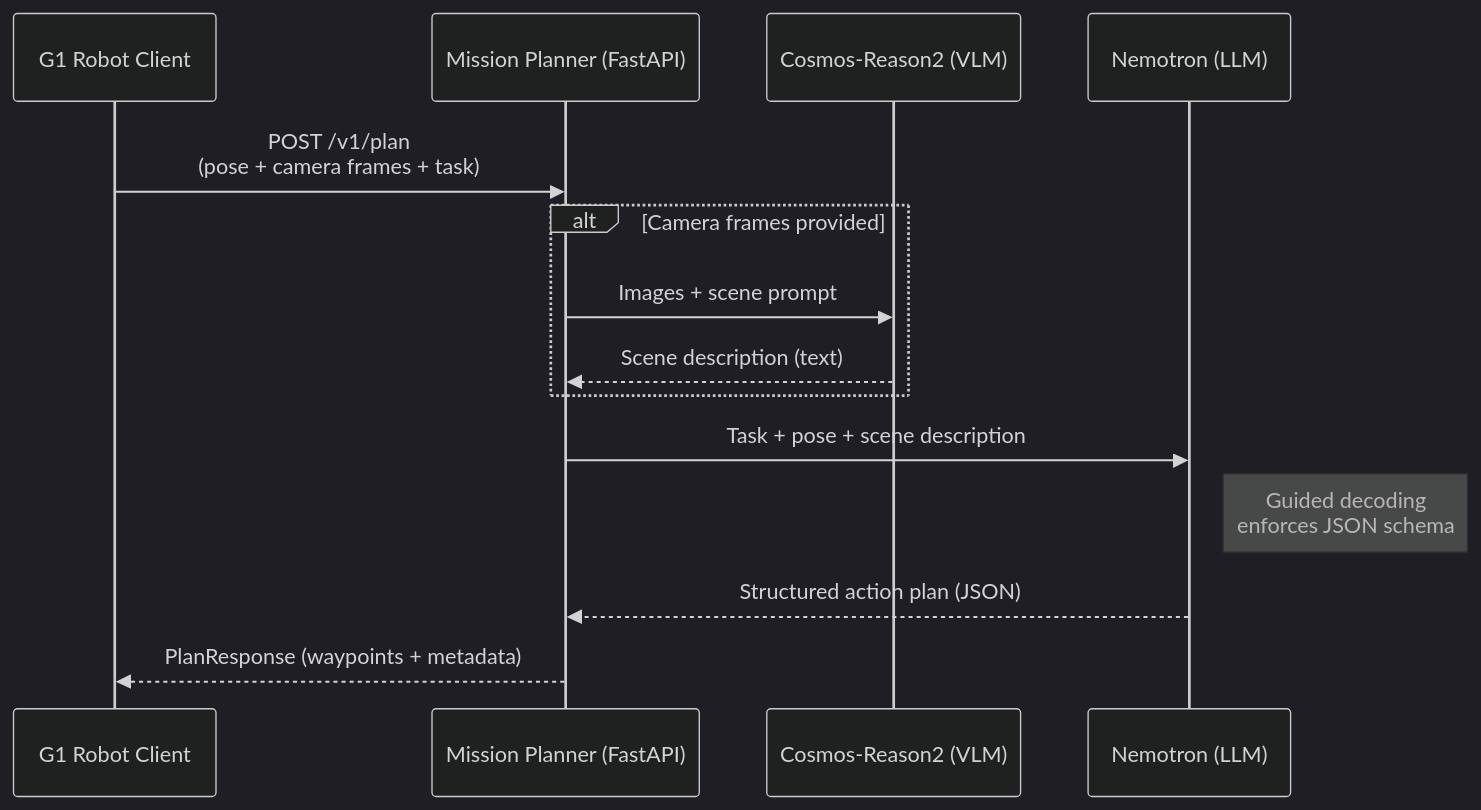
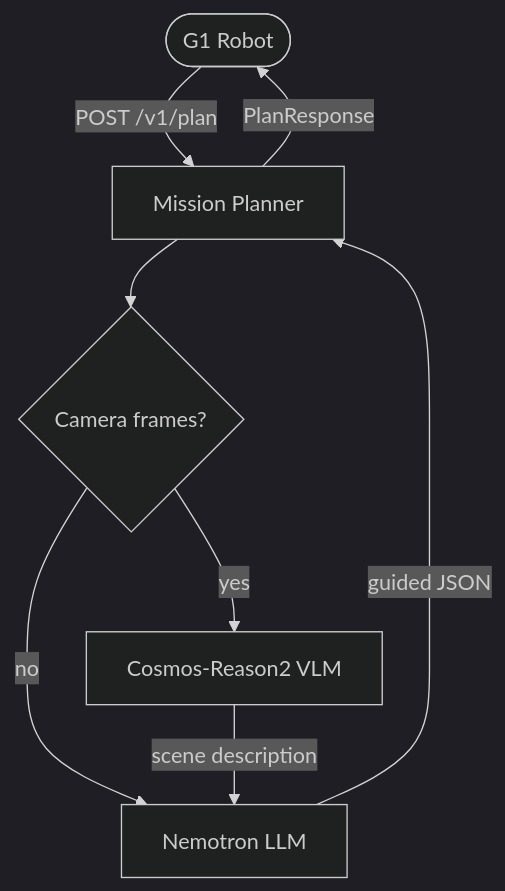
The diagram in README.md (jeremyary/nvidia-industrial-mission-planner), drawn with Mermaid (dark theme) before and after one commit. The commit also changed other lines of this file and 9 other files, not shown here.

````diff
--- a/README.md
+++ b/README.md
@@ -12,20 +12,10 @@
 ```mermaid
-sequenceDiagram
-    participant Robot as G1 Robot Client
-    participant API as Mission Planner (FastAPI)
-    participant VLM as Cosmos-Reason2 (VLM)
-    participant LLM as Nemotron (LLM)
-
-    Robot->>API: POST /v1/plan<br/>(pose + camera frames + task)
-
-    alt Camera frames provided
-        API->>VLM: Images + scene prompt
-        VLM-->>API: Scene description (text)
-    end
-
-    API->>LLM: Task + pose + scene description
-    Note right of LLM: Guided decoding<br/>enforces JSON schema
-    LLM-->>API: Structured action plan (JSON)
-
-    API-->>Robot: PlanResponse (waypoints + metadata)
+flowchart TD
+    Robot([G1 Robot]) -->|POST /v1/plan| API[Mission Planner]
+    API --> Check{Camera frames?}
+    Check -->|yes| VLM[Cosmos-Reason2 VLM]
+    Check -->|no| LLM[Nemotron LLM]
+    VLM -->|scene description| LLM
+    LLM -->|guided JSON| API
+    API -->|PlanResponse| Robot
 ```
````
